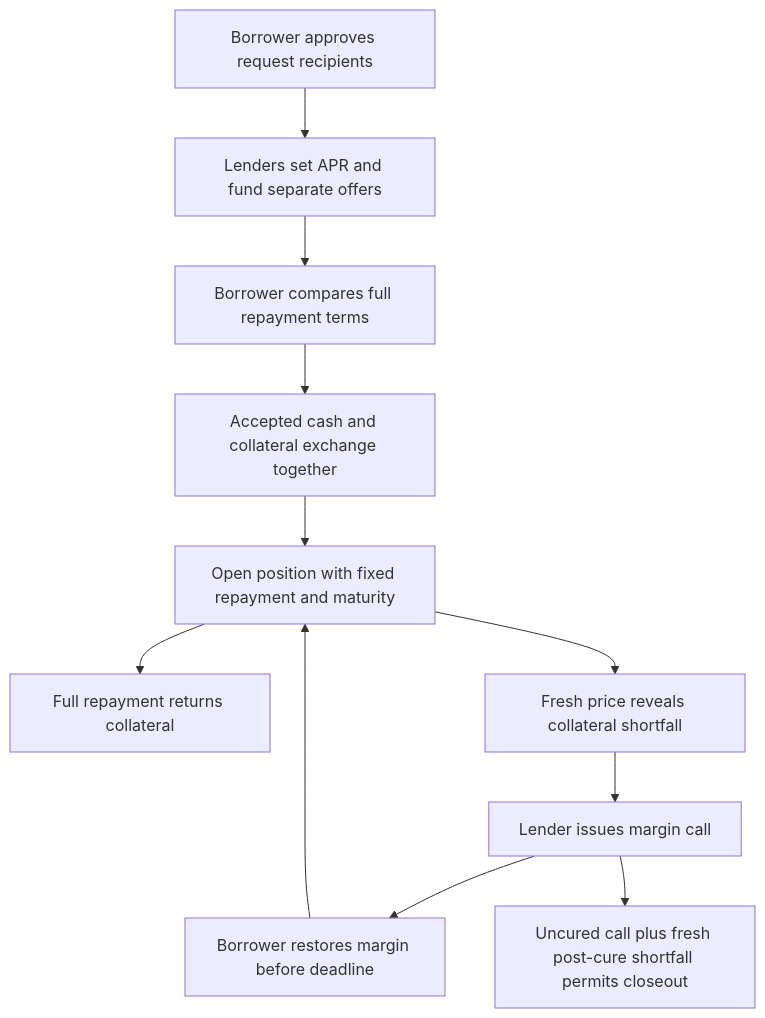
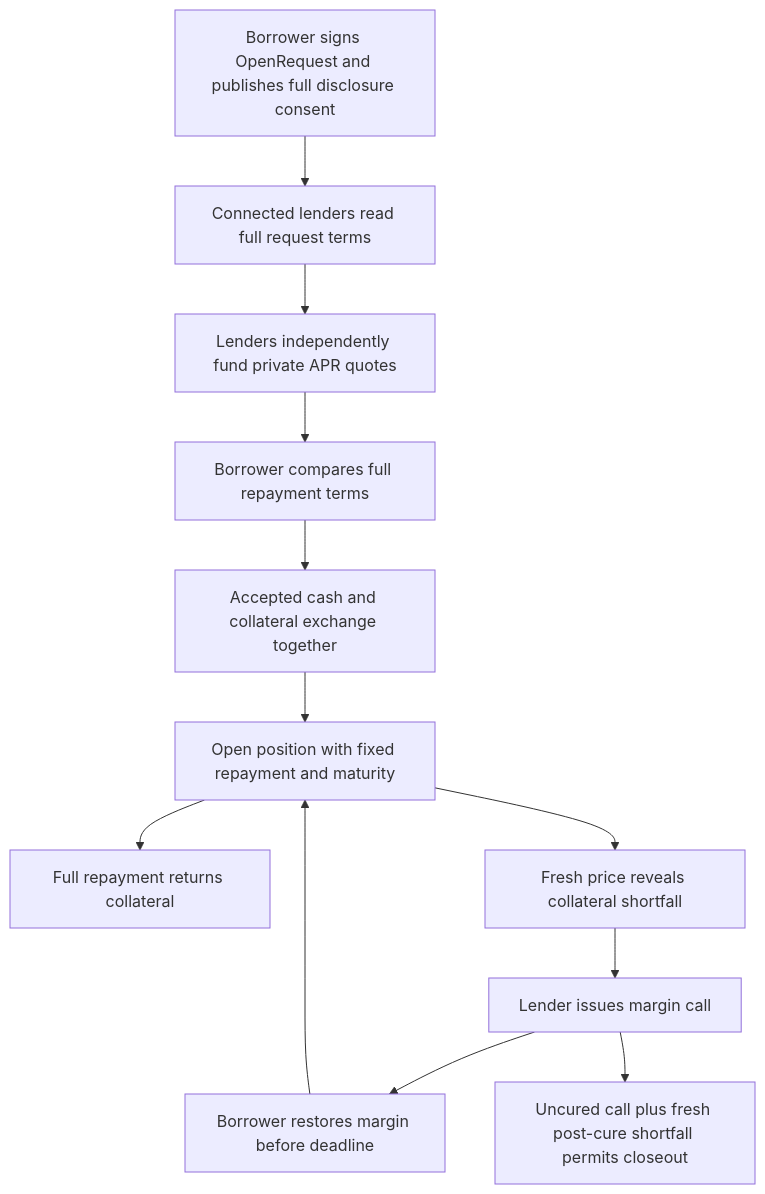
The diagram in docs/gitbook/how-it-works/README.md (EndPx/symbolon), drawn with Mermaid before and after one commit. The commit also changed other lines of this file and 49 other files, not shown here.

````diff
--- a/docs/gitbook/how-it-works/README.md
+++ b/docs/gitbook/how-it-works/README.md
@@ -13,13 +13,14 @@
 ```mermaid
 flowchart TB
-    Request["Borrower approves request recipients"] --> Offers["Lenders set APR and fund separate offers"]
+    Request["Borrower signs OpenRequest and publishes full disclosure consent"] --> Read["Connected lenders read full request terms"]
+    Read --> Offers["Lenders independently fund private APR quotes"]
     Offers --> Compare["Borrower compares full repayment terms"]
     Compare --> Settle["Accepted cash and collateral exchange together"]
     Settle --> Position["Open position with fixed repayment and maturity"]
     Position --> Repay["Full repayment returns collateral"]
     Position --> Risk["Fresh price reveals collateral shortfall"]
     Risk --> Call["Lender issues margin call"]
     Call --> Restore["Borrower restores margin before deadline"]
     Restore --> Position
     Call --> Closeout["Uncured call plus fresh post-cure shortfall permits closeout"]
 ```
````
